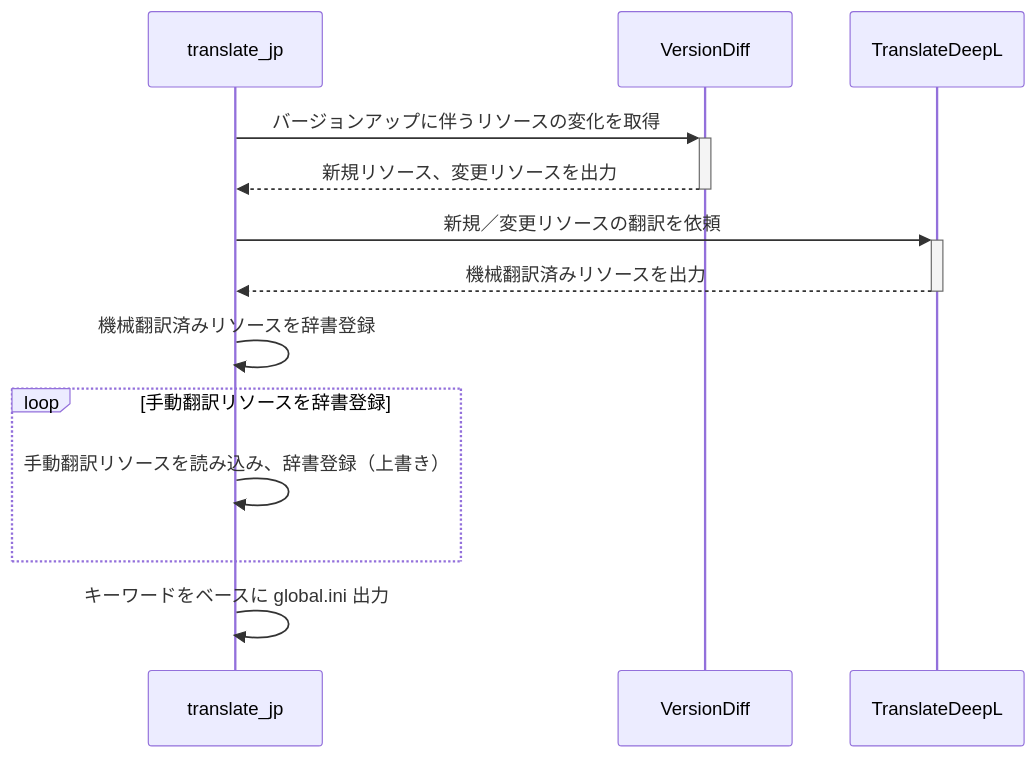
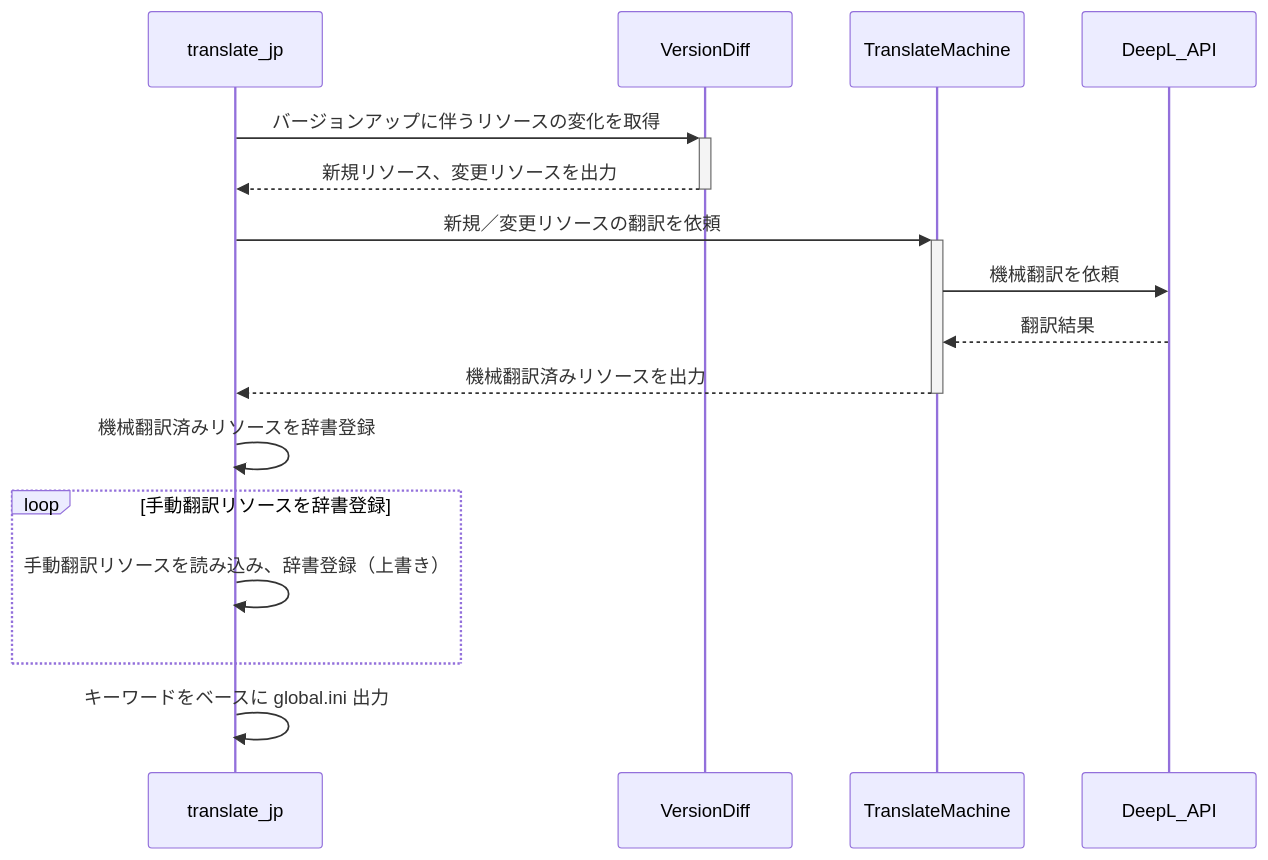
One commit to stdblue/StarCitizenJapaneseResources changed the diagram in tools/README.md. Above: the diagram before and after it, drawn with Mermaid.

Commit message:
機械翻訳部を汎用化

````diff
--- a/tools/README.md
+++ b/tools/README.md
@@ -24,22 +24,27 @@
 ```mermaid
 sequenceDiagram
     participant translate_jp
 
     participant VersionDiff
 
     translate_jp->>+VersionDiff: バージョンアップに伴うリソースの変化を取得
     VersionDiff-->>-translate_jp: 新規リソース、変更リソースを出力
 
-    participant TranslateDeepL
-    translate_jp->>+TranslateDeepL: 新規／変更リソースの翻訳を依頼
-    TranslateDeepL-->>-translate_jp: 機械翻訳済みリソースを出力
+    participant TranslateMachine
+    translate_jp->>+TranslateMachine: 新規／変更リソースの翻訳を依頼
+ 
+    participant DeepL_API
+    TranslateMachine->>DeepL_API: 機械翻訳を依頼
+    DeepL_API-->>TranslateMachine: 翻訳結果
+
+    TranslateMachine-->>-translate_jp: 機械翻訳済みリソースを出力
 
     translate_jp->>translate_jp: 機械翻訳済みリソースを辞書登録
 
     loop 手動翻訳リソースを辞書登録
         translate_jp->>translate_jp: 手動翻訳リソースを読み込み、辞書登録（上書き）
     end
 
     translate_jp->>translate_jp: キーワードをベースに global.ini 出力
 
 ```
````
